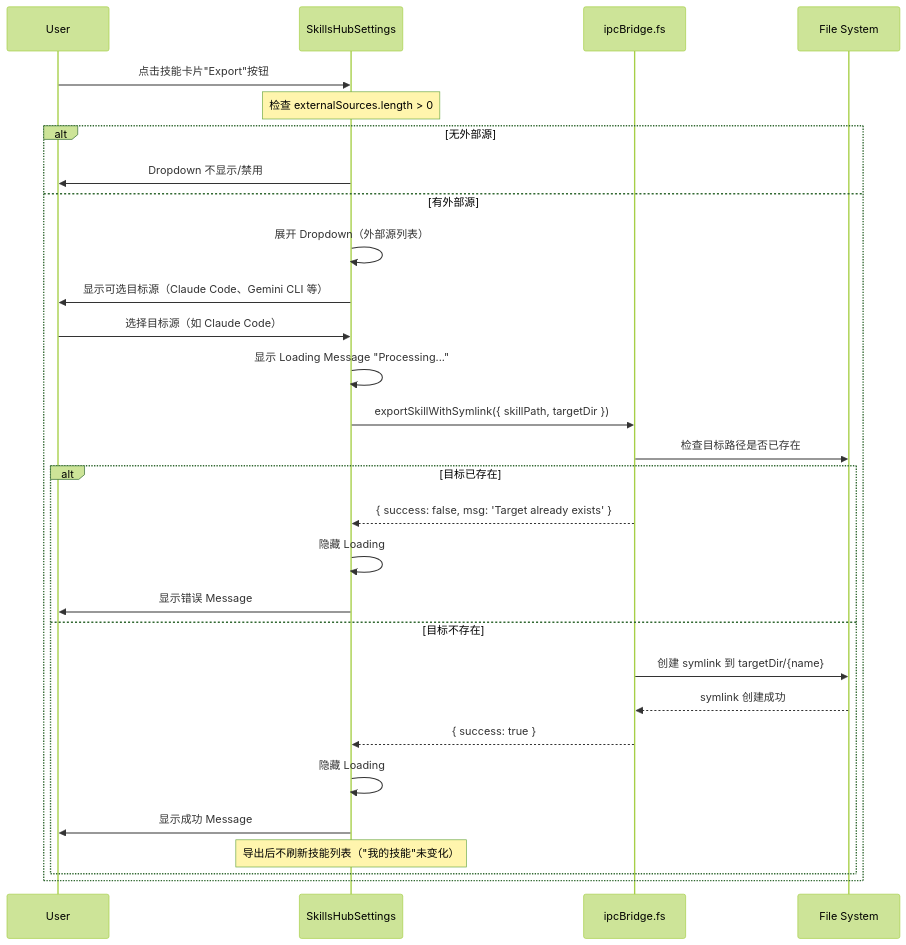
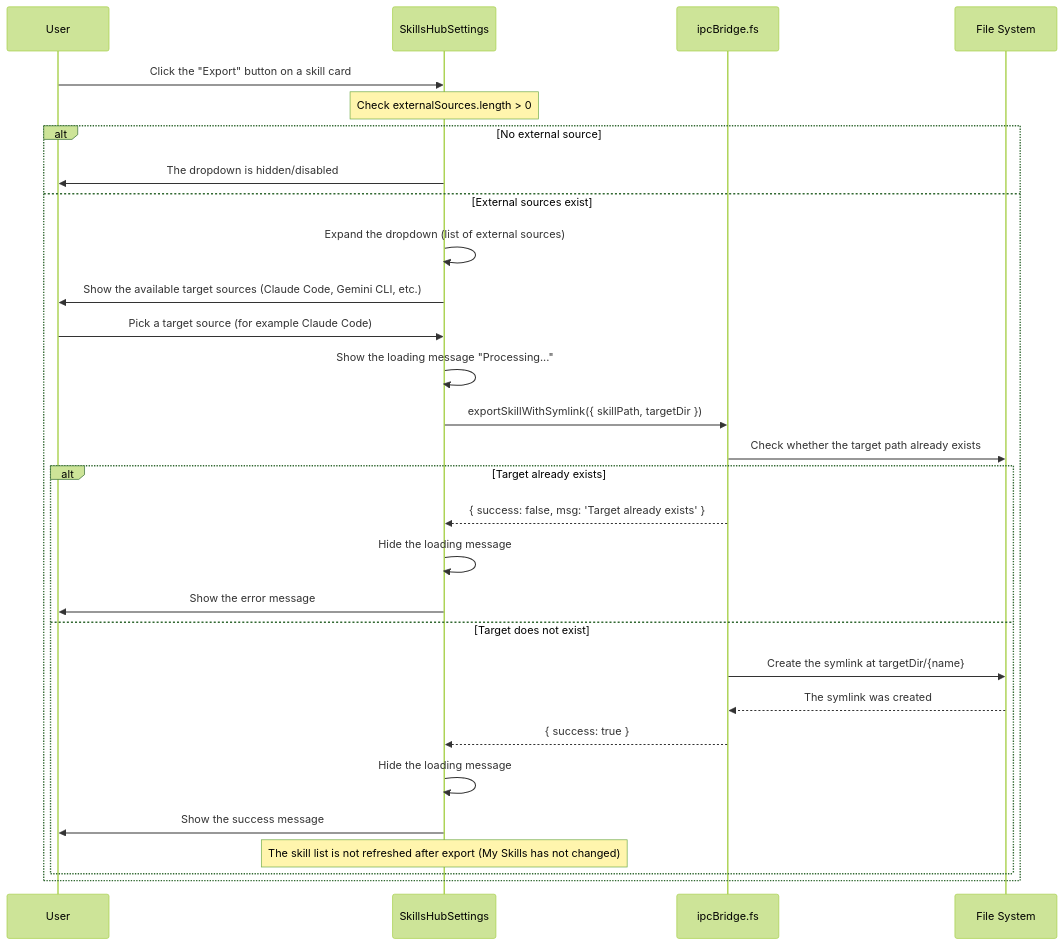
The second of 3 diagrams in tests/e2e/docs/skills-hub/requirements.md (buckleson/Pavii-GUI), drawn with Mermaid (forest theme) before and after one commit. The commit also changed other lines of this file and 107 other files, not shown here.

````diff
--- a/tests/e2e/docs/skills-hub/requirements.md
+++ b/tests/e2e/docs/skills-hub/requirements.md
@@ -779,32 +779,32 @@
 ```mermaid
 sequenceDiagram
     participant User
     participant UI as SkillsHubSettings
     participant Bridge as ipcBridge.fs
     participant FS as File System
 
-    User->>UI: 点击技能卡片"Export"按钮
-    Note over UI: 检查 externalSources.length > 0
-    alt 无外部源
-        UI->>User: Dropdown 不显示/禁用
-    else 有外部源
-        UI->>UI: 展开 Dropdown（外部源列表）
-        UI->>User: 显示可选目标源（Claude Code、Gemini CLI 等）
-        User->>UI: 选择目标源（如 Claude Code）
-        UI->>UI: 显示 Loading Message "Processing..."
+    User->>UI: Click the "Export" button on a skill card
+    Note over UI: Check externalSources.length > 0
+    alt No external source
+        UI->>User: The dropdown is hidden/disabled
+    else External sources exist
+        UI->>UI: Expand the dropdown (list of external sources)
+        UI->>User: Show the available target sources (Claude Code, Gemini CLI, etc.)
+        User->>UI: Pick a target source (for example Claude Code)
+        UI->>UI: Show the loading message "Processing..."
         UI->>Bridge: exportSkillWithSymlink({ skillPath, targetDir })
-        Bridge->>FS: 检查目标路径是否已存在
-        alt 目标已存在
+        Bridge->>FS: Check whether the target path already exists
+        alt Target already exists
             Bridge-->>UI: { success: false, msg: 'Target already exists' }
-            UI->>UI: 隐藏 Loading
-            UI->>User: 显示错误 Message
-        else 目标不存在
-            Bridge->>FS: 创建 symlink 到 targetDir/{name}
-            FS-->>Bridge: symlink 创建成功
+            UI->>UI: Hide the loading message
+            UI->>User: Show the error message
+        else Target does not exist
+            Bridge->>FS: Create the symlink at targetDir/{name}
+            FS-->>Bridge: The symlink was created
             Bridge-->>UI: { success: true }
-            UI->>UI: 隐藏 Loading
-            UI->>User: 显示成功 Message
-            Note over UI: 导出后不刷新技能列表（"我的技能"未变化）
+            UI->>UI: Hide the loading message
+            UI->>User: Show the success message
+            Note over UI: The skill list is not refreshed after export (My Skills has not changed)
         end
     end
 ```
````
